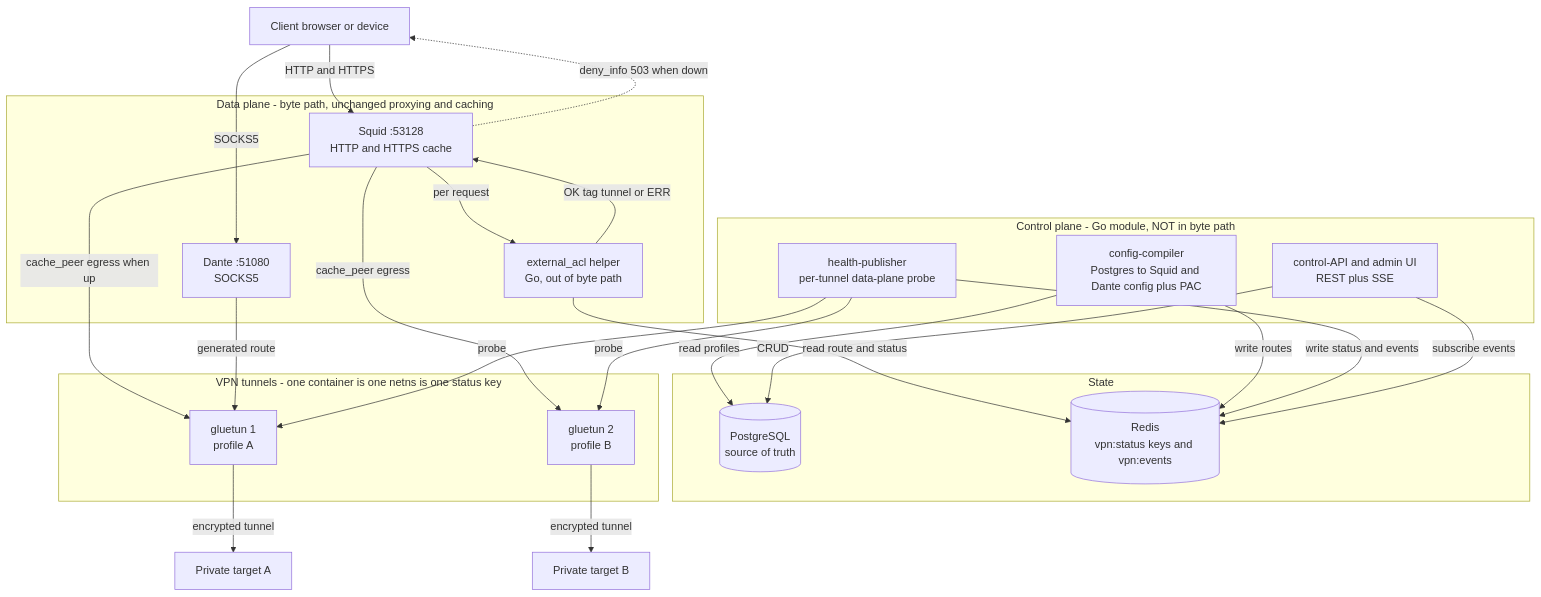
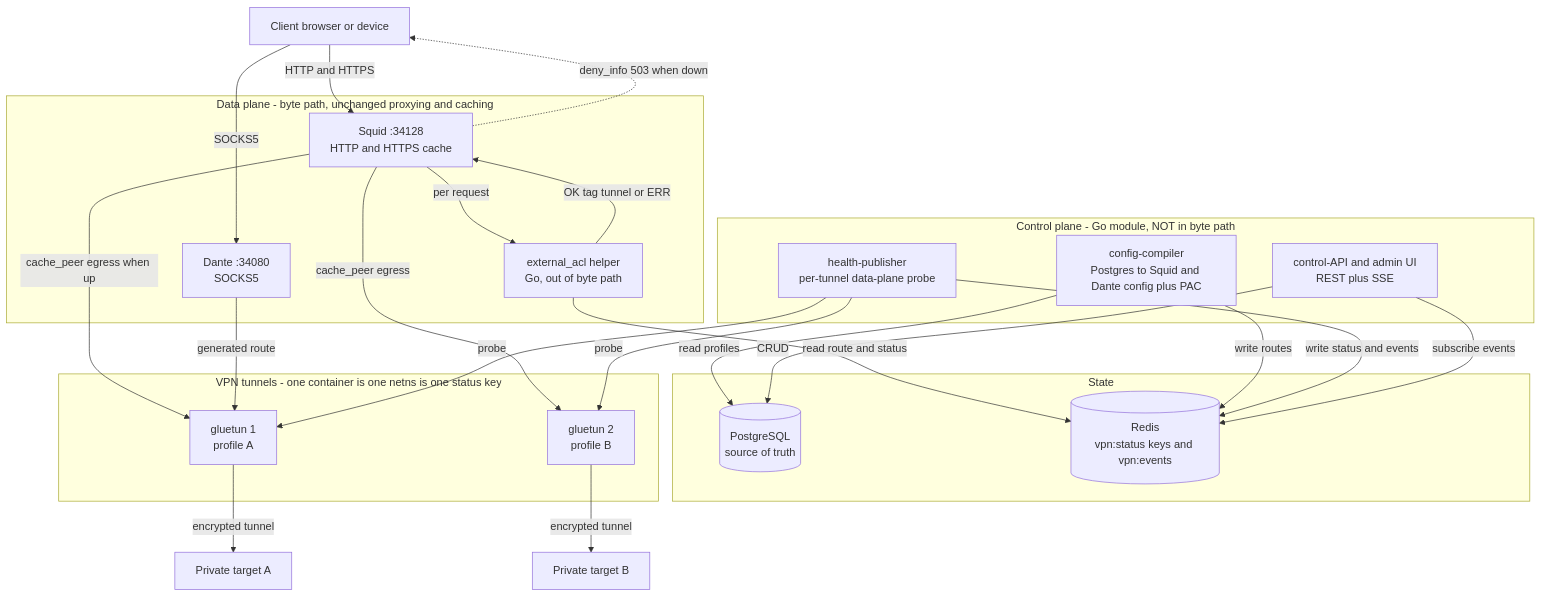
Before and after one commit to HelixDevelopment/HelixProxy: the first of 2 diagrams in docs/DYNAMIC_ROUTING.md, drawn with Mermaid. The commit also changed other lines of this file and 109 other files, not shown here.

````diff
--- a/docs/DYNAMIC_ROUTING.md
+++ b/docs/DYNAMIC_ROUTING.md
@@ -108,47 +108,47 @@
 ```mermaid
 graph TD
     Client["Client browser or device"]
 
     subgraph BytePath["Data plane - byte path, unchanged proxying and caching"]
-        Squid["Squid :53128<br/>HTTP and HTTPS cache"]
-        Dante["Dante :51080<br/>SOCKS5"]
+        Squid["Squid :34128<br/>HTTP and HTTPS cache"]
+        Dante["Dante :34080<br/>SOCKS5"]
         ACL["external_acl helper<br/>Go, out of byte path"]
     end
 
     subgraph ControlPlane["Control plane - Go module, NOT in byte path"]
         Compiler["config-compiler<br/>Postgres to Squid and Dante config plus PAC"]
         Health["health-publisher<br/>per-tunnel data-plane probe"]
         API["control-API and admin UI<br/>REST plus SSE"]
     end
 
     subgraph State["State"]
         PG[("PostgreSQL<br/>source of truth")]
         Redis[("Redis<br/>vpn:status keys and vpn:events")]
     end
 
     subgraph Tunnels["VPN tunnels - one container is one netns is one status key"]
         G1["gluetun 1<br/>profile A"]
         G2["gluetun 2<br/>profile B"]
     end
 
     Client -->|HTTP and HTTPS| Squid
     Client -->|SOCKS5| Dante
     Squid -->|per request| ACL
     ACL -->|read route and status| Redis
     ACL -->|OK tag tunnel or ERR| Squid
     Squid -->|cache_peer egress when up| G1
     Squid -->|cache_peer egress| G2
     Squid -.->|deny_info 503 when down| Client
     Dante -->|generated route| G1
 
     Compiler -->|read profiles| PG
     Compiler -->|write routes| Redis
     Health -->|write status and events| Redis
     Health -->|probe| G1
     Health -->|probe| G2
     API -->|CRUD| PG
     API -->|subscribe events| Redis
 
     G1 -->|encrypted tunnel| TA["Private target A"]
     G2 -->|encrypted tunnel| TB["Private target B"]
 ```
````
